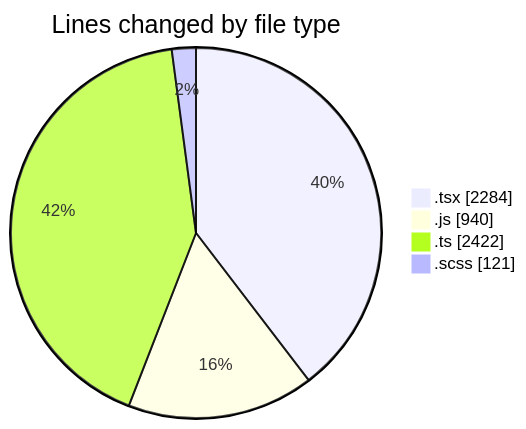
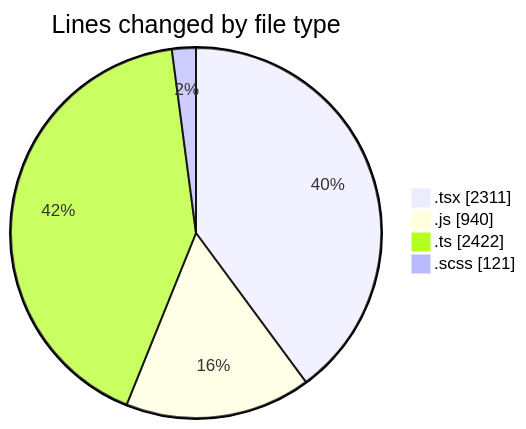
One commit to momahboobian/code-tracking changed the first of 2 diagrams in 2026-07-20/cda/README.md. Above: the diagram before and after it, drawn with Mermaid. The commit also changed other lines of this file and 1 other file, not shown here.

````diff
--- a/2026-07-20/cda/README.md
+++ b/2026-07-20/cda/README.md
@@ -50,8 +50,8 @@
 ```mermaid
 pie showData
 title Lines changed by file type
-".tsx" : 2284
+".tsx" : 2311
 ".js" : 940
 ".ts" : 2422
 ".scss" : 121
 ```
````
